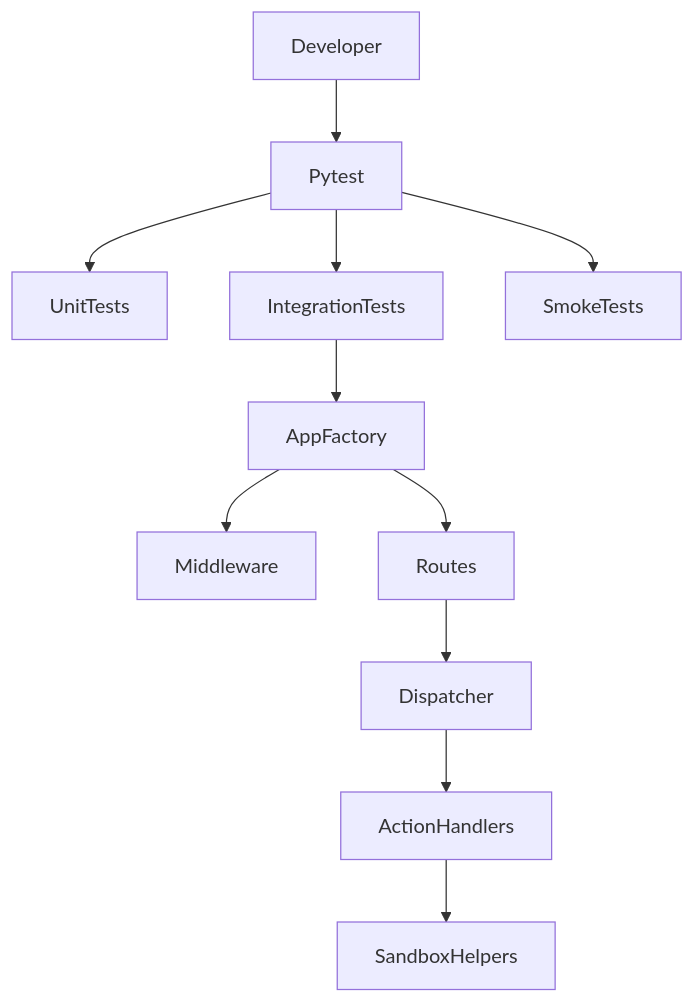
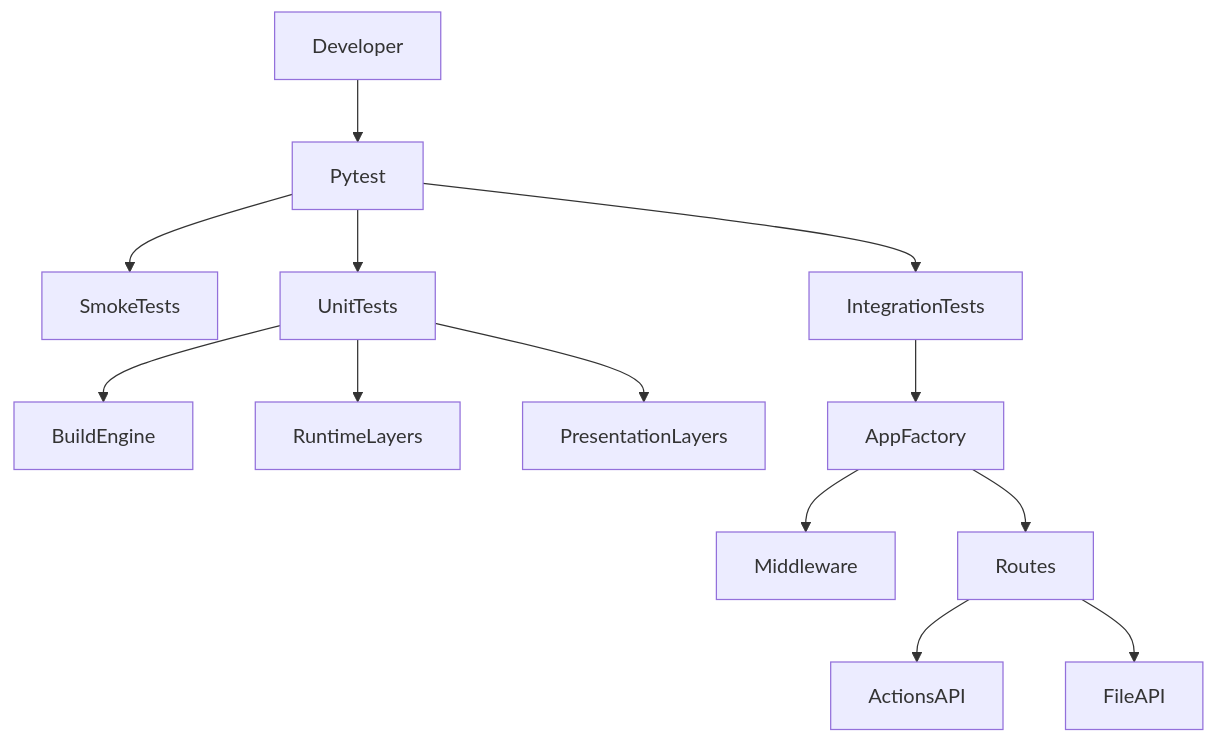
The diagram in docs/TESTING.md (Libertocrat/seg), drawn with Mermaid before and after one commit. The commit also changed other lines of this file and 9 other files, not shown here.

````diff
--- a/docs/TESTING.md
+++ b/docs/TESTING.md
@@ -31,13 +33,15 @@
 ```mermaid
 flowchart TD
 Developer --> Pytest
+Pytest --> SmokeTests
 Pytest --> UnitTests
 Pytest --> IntegrationTests
-Pytest --> SmokeTests
+UnitTests --> BuildEngine
+UnitTests --> RuntimeLayers
+UnitTests --> PresentationLayers
 IntegrationTests --> AppFactory
 AppFactory --> Middleware
 AppFactory --> Routes
-Routes --> Dispatcher
-Dispatcher --> ActionHandlers
-ActionHandlers --> SandboxHelpers
+Routes --> ActionsAPI
+Routes --> FileAPI
 ```
````
